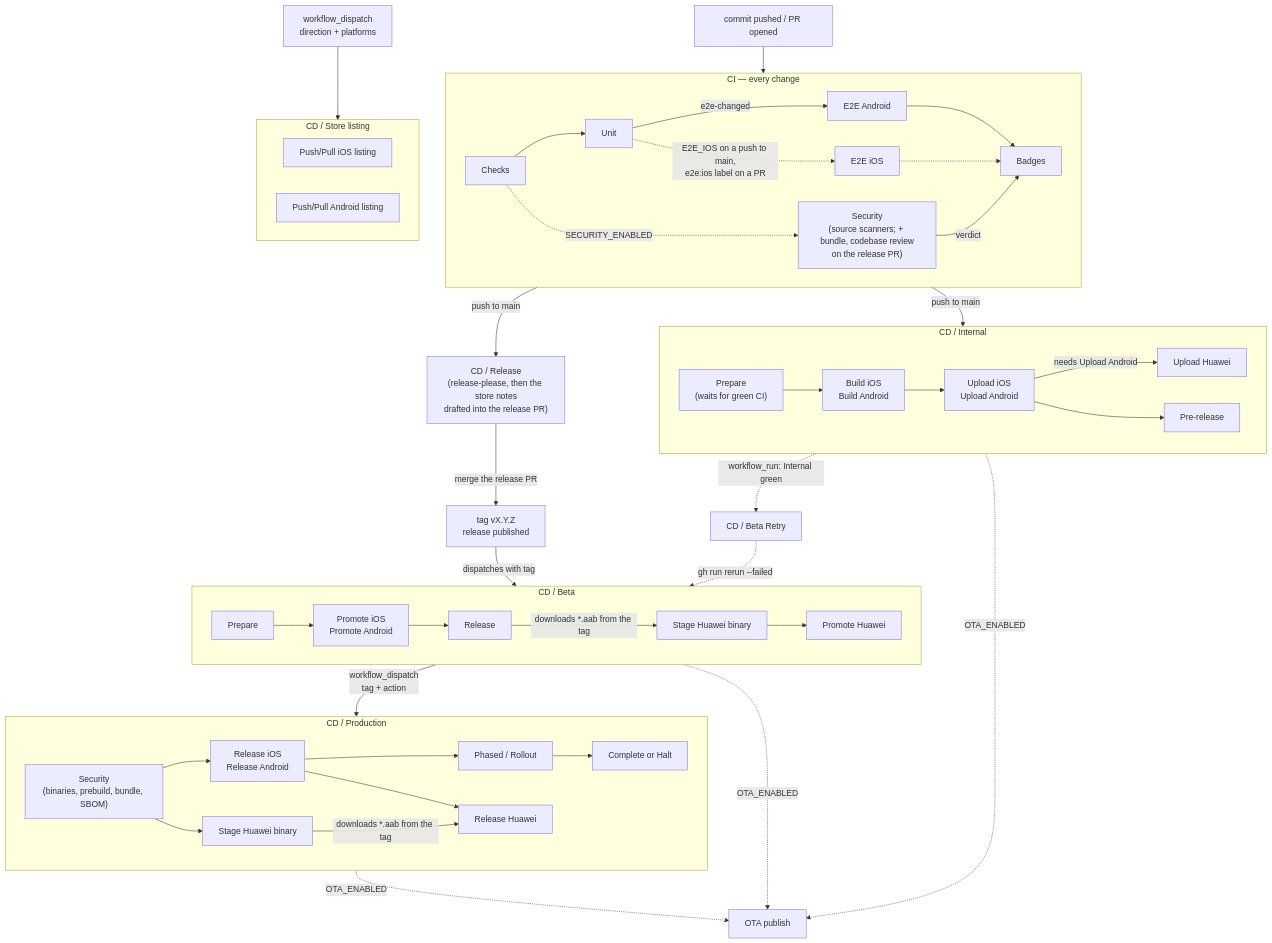
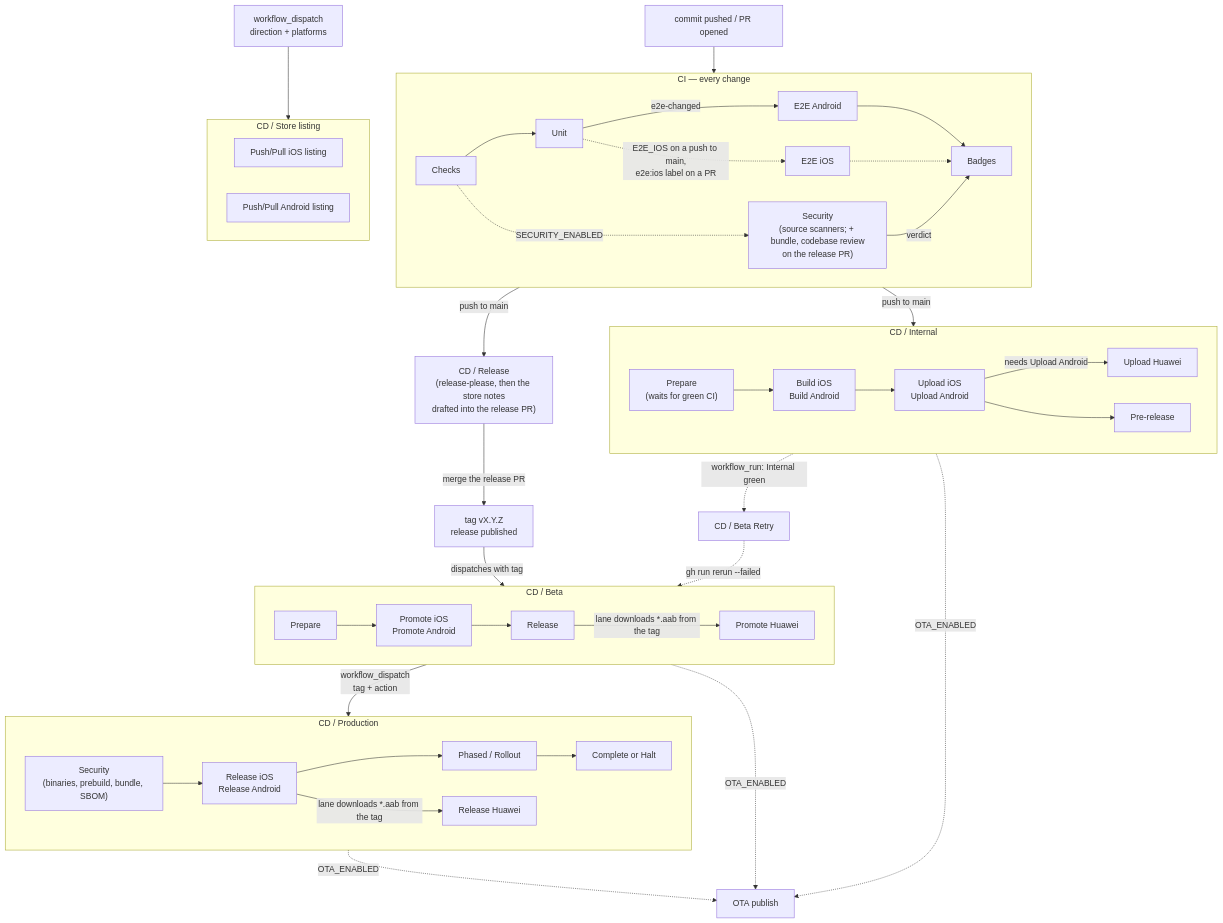
Before and after one commit to blinkbitcoin/react-native-mobile-template: the diagram in docs/ci.md, drawn with Mermaid. The commit also changed other lines of this file and 11 other files, not shown here.

````diff
--- a/docs/ci.md
+++ b/docs/ci.md
@@ -23,58 +23,55 @@
 ```mermaid
 flowchart TD
   commit["commit pushed / PR opened"] --> CI
 
   subgraph CI["CI — every change"]
     direction LR
     checks["Checks"] --> unit["Unit"] -->|"e2e-changed"| e2e["E2E Android"] --> badges["Badges"]
     unit -.->|"E2E_IOS on a push to main,<br/>e2e:ios label on a PR"| e2eios["E2E iOS"] -.-> badges
     checks -.->|"SECURITY_ENABLED"| sec["Security<br/>(source scanners; + bundle, codebase review<br/>on the release PR)"]
     sec -->|"verdict"| badges
   end
 
   CI -->|"push to main"| rp["CD / Release<br/>(release-please, then the store notes<br/>drafted into the release PR)"]
   CI -->|"push to main"| internal
 
   subgraph internal["CD / Internal"]
     direction LR
     prep["Prepare<br/>(waits for green CI)"] --> builds["Build iOS<br/>Build Android"]
     builds --> up["Upload iOS<br/>Upload Android"]
     up -->|"needs Upload Android"| uphuawei["Upload Huawei"]
     up --> pre["Pre-release"]
   end
 
   rp -->|"merge the release PR"| tag["tag vX.Y.Z<br/>release published"]
   tag -->|"dispatches with tag"| beta
 
   subgraph beta["CD / Beta"]
     direction LR
     bprep["Prepare"] --> promote["Promote iOS<br/>Promote Android"] --> brel["Release"]
-    brel -->|"downloads *.aab from the tag"| bbin["Stage Huawei binary"]
-    bbin --> bhuawei["Promote Huawei"]
+    brel -->|"lane downloads *.aab from the tag"| bhuawei["Promote Huawei"]
   end
 
   internal -.->|"workflow_run: Internal green"| retry["CD / Beta Retry"]
   retry -.->|"gh run rerun --failed"| beta
 
   beta -->|"workflow_dispatch<br/>tag + action"| prod
 
   subgraph prod["CD / Production"]
     direction LR
     psec["Security<br/>(binaries, prebuild, bundle, SBOM)"] --> rel["Release iOS<br/>Release Android"] --> roll["Phased / Rollout"] --> done["Complete or Halt"]
-    psec --> pbin["Stage Huawei binary"]
-    pbin -->|"downloads *.aab from the tag"| phuawei["Release Huawei"]
-    rel --> phuawei
+    rel -->|"lane downloads *.aab from the tag"| phuawei["Release Huawei"]
   end
 
   listing["workflow_dispatch<br/>direction + platforms"] --> sm
 
   subgraph sm["CD / Store listing"]
     direction LR
     smios["Push/Pull iOS listing"]
     smandroid["Push/Pull Android listing"]
   end
 
   pre -.->|"OTA_ENABLED"| ota["OTA publish"]
   brel -.->|"OTA_ENABLED"| ota
   prod -.->|"OTA_ENABLED"| ota
 ```
````
